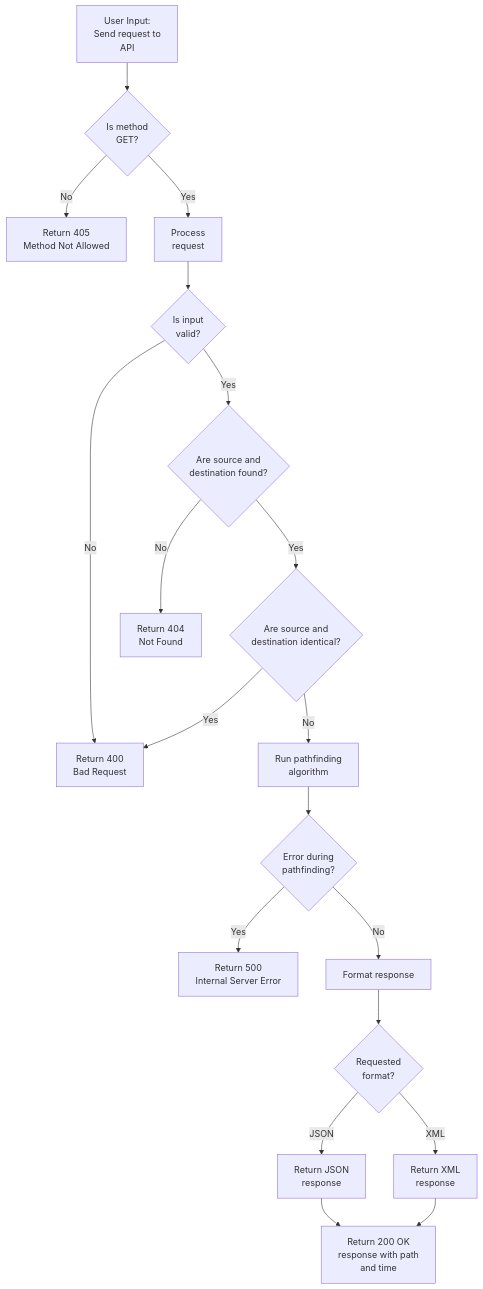
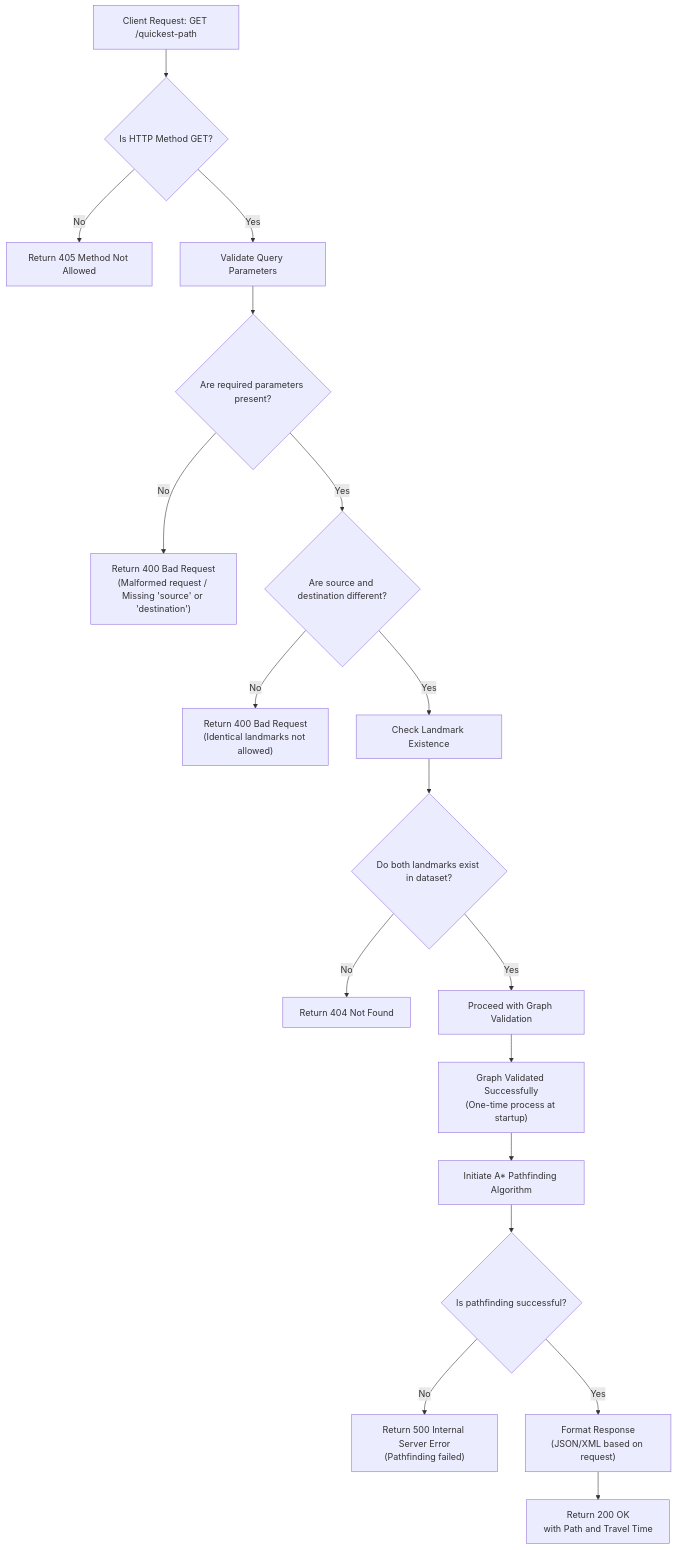
Before and after one commit to algosup/2024-2025-project-3-quickest-path-team-7: the third of 5 diagrams in Document/Functional/FunctionalSpecifications.md, drawn with Mermaid. The commit also changed other lines of this file, not shown here.

````diff
--- a/Document/Functional/FunctionalSpecifications.md
+++ b/Document/Functional/FunctionalSpecifications.md
@@ -826,23 +266,33 @@
 ```mermaid
 graph TD
-  A["User Input:<br>Send request to<br>API"]
-  A --> B{"Is method<br>GET?"}
-  B -->|"No"| C["Return 405<br>Method Not Allowed"]
-  B -->|"Yes"| D["Process<br>request"]
-  D --> E{"Is input<br>valid?"}
-  E -->|"No"| F["Return 400<br>Bad Request"]
-  E -->|"Yes"| G{"Are source and<br>destination found?"}
-  G -->|"No"| H["Return 404<br>Not Found"]
-  G -->|"Yes"| I{"Are source and<br>destination identical?"}
-  I -->|"Yes"| F["Return 400<br>Bad Request"]
-  I -->|"No"| K["Run pathfinding<br>algorithm"]
-  K --> L{"Error during<br>pathfinding?"}
-  L -->|"Yes"| M["Return 500<br>Internal Server Error"]
-  L -->|"No"| N["Format response"]
-  N --> O{"Requested<br>format?"}
-  O -->|"JSON"| P["Return JSON<br>response"]
-  O -->|"XML"| Q["Return XML<br>response"]
-  P --> R["Return 200 OK<br>response with path <br> and time"]
-  Q --> R
+    A[Client Request: GET /quickest-path]
+    
+    %% Validate HTTP Method
+    A --> B{Is HTTP Method GET?}
+    B -- No --> C[Return 405 Method Not Allowed]
+    B -- Yes --> D[Validate Query Parameters]
 
+    %% Validate Query Parameters
+    D --> E{Are required parameters present?}
+    E -- No --> F["Return 400 Bad Request<br>(Malformed request / Missing 'source' or 'destination')"]
+    E -- Yes --> G{Are source and destination different?}
+    G -- No --> H["Return 400 Bad Request<br>(Identical landmarks not allowed)"]
+    G -- Yes --> I[Check Landmark Existence]
+
+    %% Check Landmark Existence
+    I --> J{Do both landmarks exist in dataset?}
+    J -- No --> K[Return 404 Not Found]
+    J -- Yes --> L[Proceed with Graph Validation]
+
+    %% Graph Validation and Processing
+    L --> M["Graph Validated Successfully<br>(One-time process at startup)"]
+    M --> N[Initiate A* Pathfinding Algorithm]
+
+    %% Pathfinding Process
+    N --> O{Is pathfinding successful?}
+    O -- No --> P["Return 500 Internal Server Error<br>(Pathfinding failed)"]
+    O -- Yes --> Q["Format Response<br>(JSON/XML based on request)"]
+
+    %% Final Response
+    Q --> R[Return 200 OK<br>with Path and Travel Time]
 ```
````
